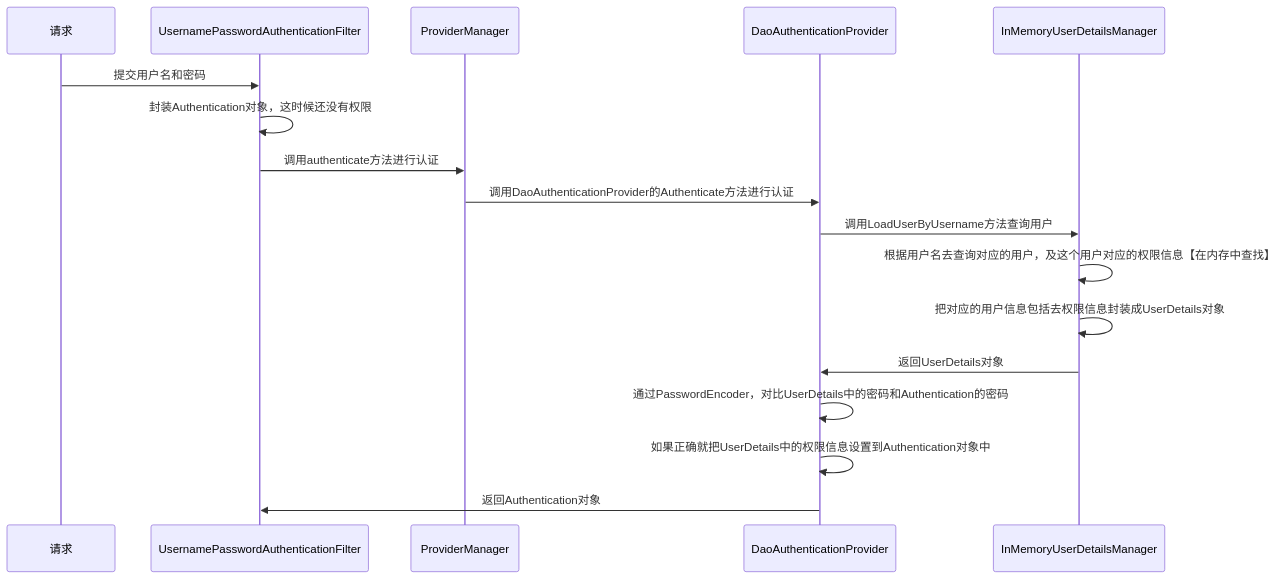
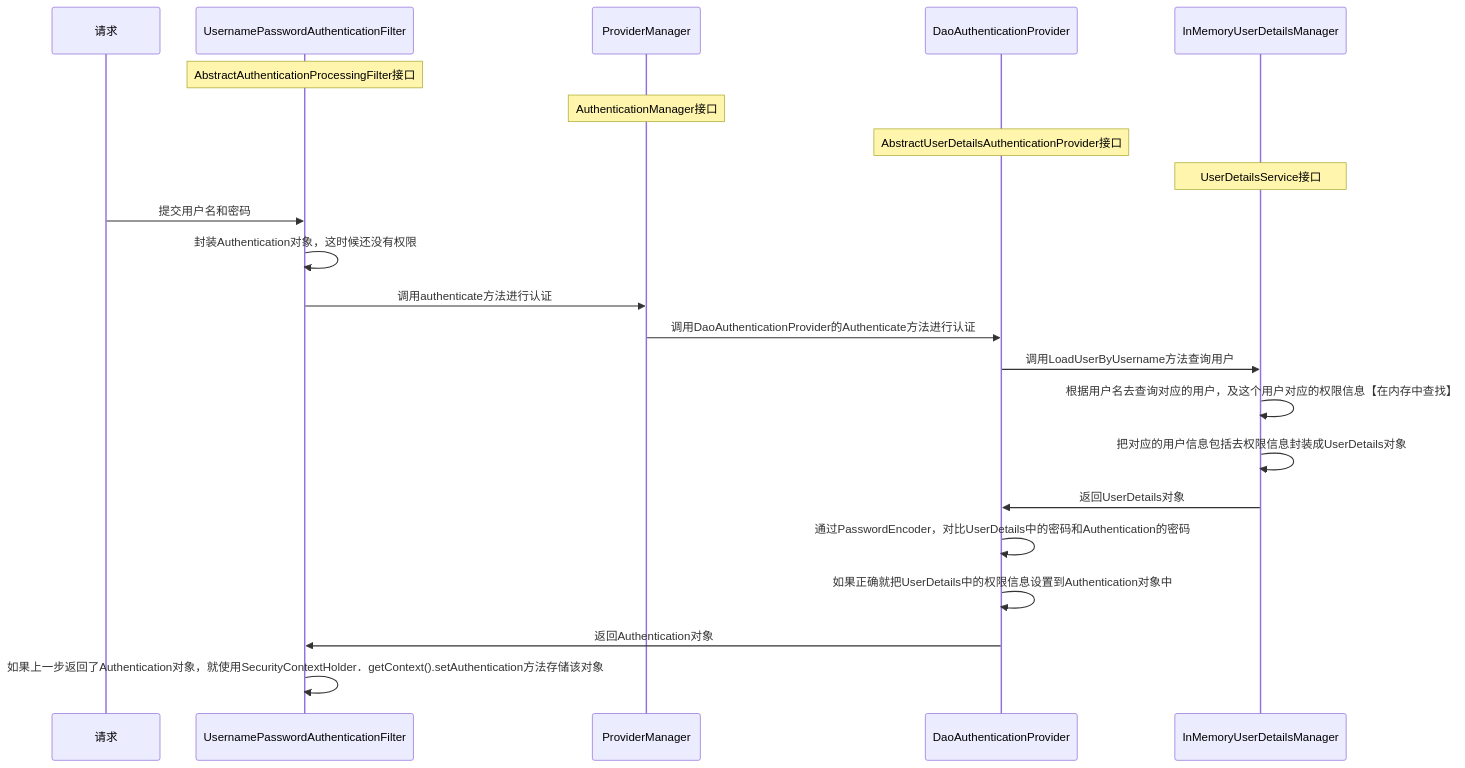
Before and after one commit to poppop9/obsidian: the third of 3 diagrams in 计算机/JavaWeb/后端/Spring Security.md, drawn with Mermaid. The commit also changed 3 other files, not shown here.

````diff
--- a/计算机/JavaWeb/后端/Spring Security.md
+++ b/计算机/JavaWeb/后端/Spring Security.md
@@ -42,20 +42,26 @@
 ```mermaid
 sequenceDiagram
     participant 请求
     participant U AS UsernamePasswordAuthenticationFilter
     participant P AS ProviderManager
 	participant D AS DaoAuthenticationProvider
 	participant I AS InMemoryUserDetailsManager
+
+	Note over U: AbstractAuthenticationProcessingFilter接口
+	Note over P: AuthenticationManager接口
+	Note over D: AbstractUserDetailsAuthenticationProvider接口
+	Note over I: UserDetailsService接口
 
 	请求->>U: 提交用户名和密码
 	U->>U: 封装Authentication对象，这时候还没有权限
 	U->>P: 调用authenticate方法进行认证
 	P->>D: 调用DaoAuthenticationProvider的Authenticate方法进行认证
 	D->>I: 调用LoadUserByUsername方法查询用户
 	I->>I: 根据用户名去查询对应的用户，及这个用户对应的权限信息【在内存中查找】
 	I->>I: 把对应的用户信息包括去权限信息封装成UserDetails对象
 	I->>D: 返回UserDetails对象
 	D->>D: 通过PasswordEncoder，对比UserDetails中的密码和Authentication的密码
 	D->>D: 如果正确就把UserDetails中的权限信息设置到Authentication对象中
 	D->>U: 返回Authentication对象
+	U->>U: 如果上一步返回了Authentication对象，就使用SecurityContextHolder．getContext().setAuthentication方法存储该对象
 ```
````
